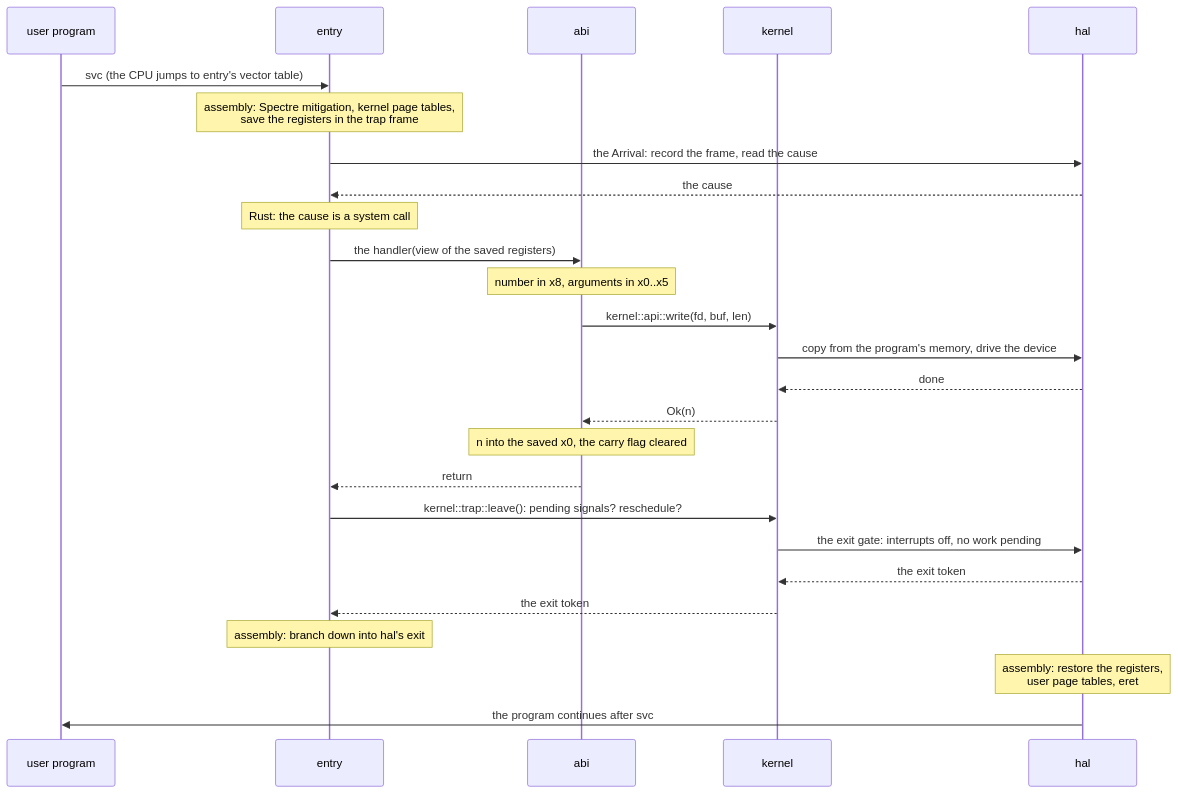
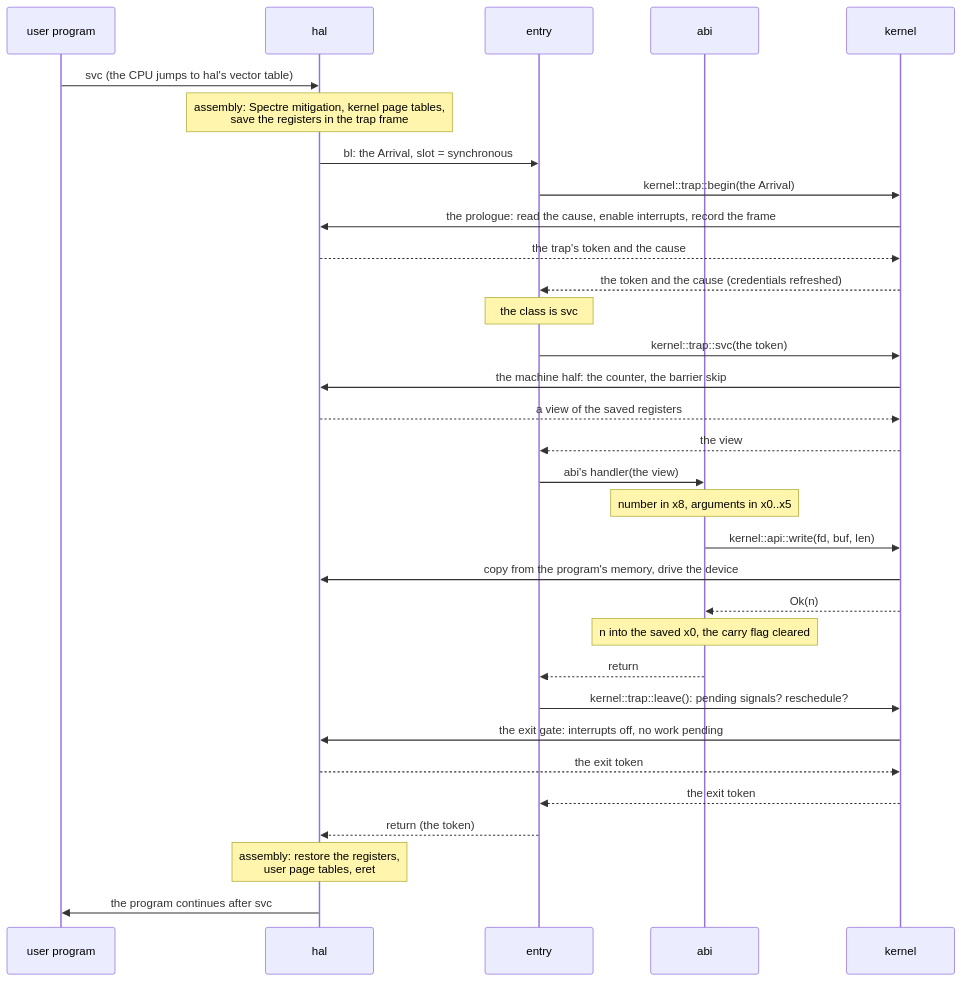
One commit to EmiBSD/Kernel changed the fourth of 5 diagrams in docs/ENTRY.md. Above: the diagram before and after it, drawn with Mermaid. The commit also changed other lines of this file and 2 other files, not shown here.

````diff
--- a/docs/ENTRY.md
+++ b/docs/ENTRY.md
@@ -179,28 +197,34 @@
 ```mermaid
 sequenceDiagram
     participant P as user program
+    participant H as hal
     participant E as entry
     participant A as abi
     participant K as kernel
-    participant H as hal
-    P->>E: svc (the CPU jumps to entry's vector table)
-    Note over E: assembly: Spectre mitigation, kernel page tables,<br/>save the registers in the trap frame
-    E->>H: the Arrival: record the frame, read the cause
-    H-->>E: the cause
-    Note over E: Rust: the cause is a system call
-    E->>A: the handler(view of the saved registers)
+    P->>H: svc (the CPU jumps to hal's vector table)
+    Note over H: assembly: Spectre mitigation, kernel page tables,<br/>save the registers in the trap frame
+    H->>E: bl: the Arrival, slot = synchronous
+    E->>K: kernel::trap::begin(the Arrival)
+    K->>H: the prologue: read the cause, enable interrupts, record the frame
+    H-->>K: the trap's token and the cause
+    K-->>E: the token and the cause (credentials refreshed)
+    Note over E: the class is svc
+    E->>K: kernel::trap::svc(the token)
+    K->>H: the machine half: the counter, the barrier skip
+    H-->>K: a view of the saved registers
+    K-->>E: the view
+    E->>A: abi's handler(the view)
     Note over A: number in x8, arguments in x0..x5
     A->>K: kernel::api::write(fd, buf, len)
     K->>H: copy from the program's memory, drive the device
-    H-->>K: done
     K-->>A: Ok(n)
     Note over A: n into the saved x0, the carry flag cleared
     A-->>E: return
     E->>K: kernel::trap::leave(): pending signals? reschedule?
     K->>H: the exit gate: interrupts off, no work pending
     H-->>K: the exit token
     K-->>E: the exit token
-    Note over E: assembly: branch down into hal's exit
+    E-->>H: return (the token)
     Note over H: assembly: restore the registers,<br/>user page tables, eret
     H->>P: the program continues after svc
 ```
````
